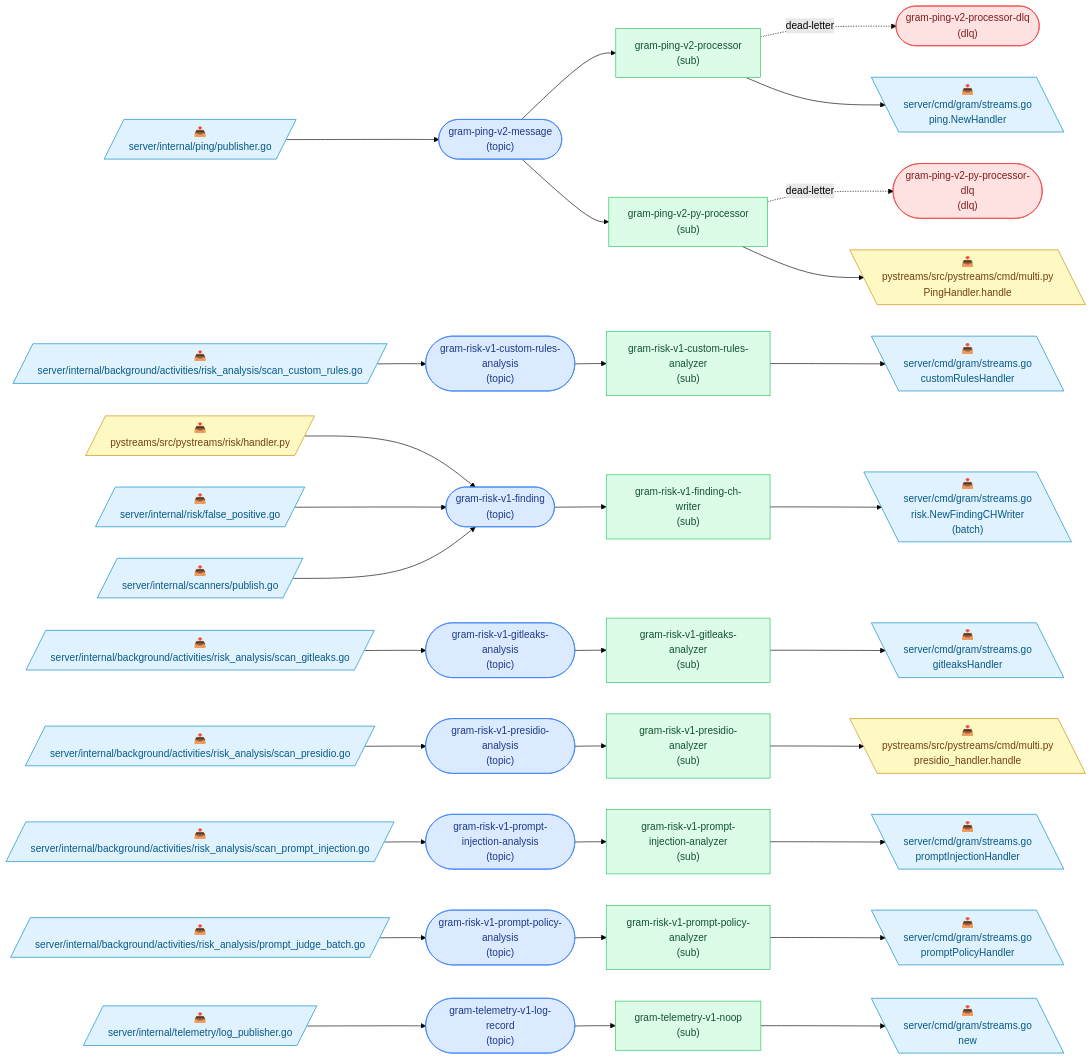
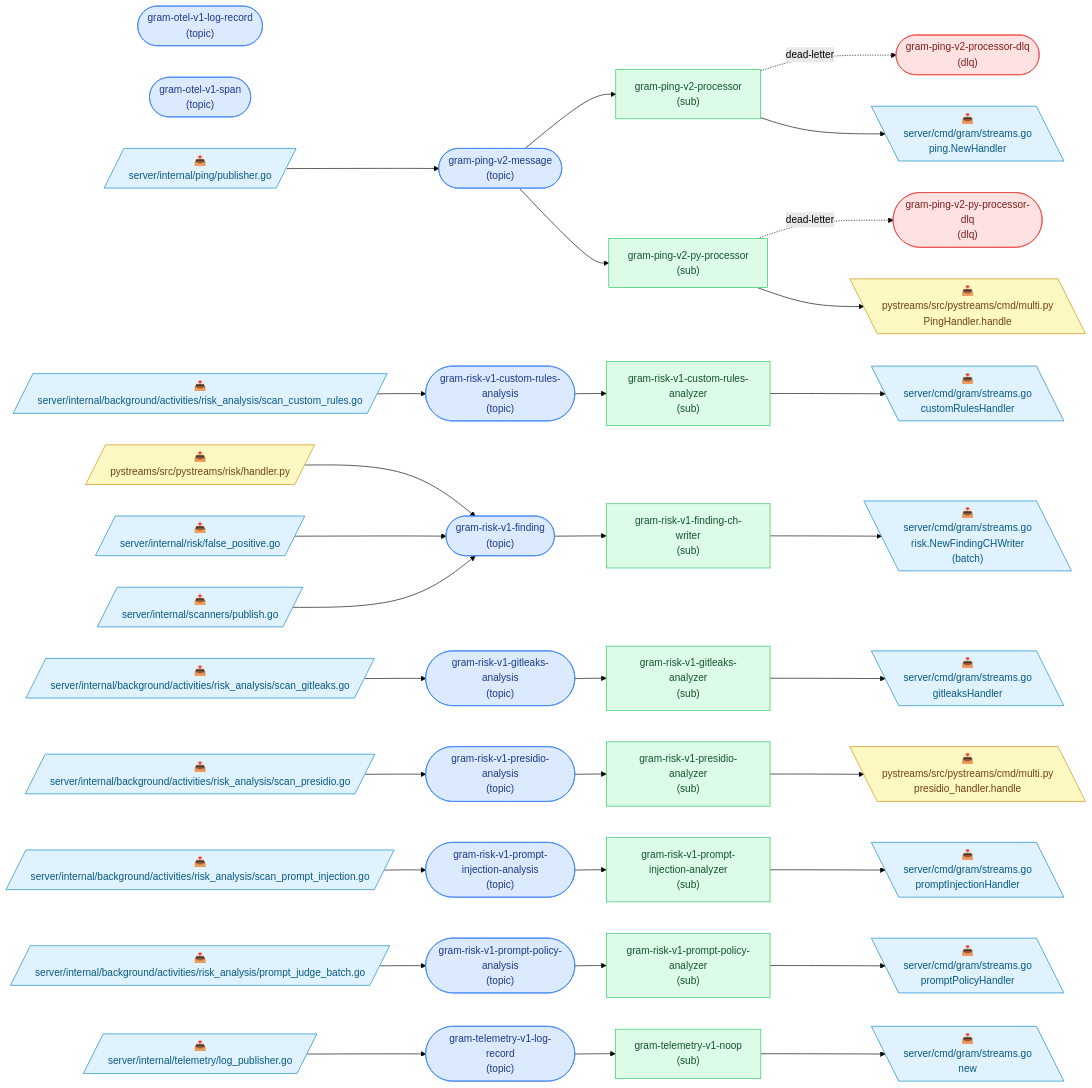
One commit to speakeasy-api/gram changed the diagram in docs/pubsub-topology.md. Above: the diagram before and after it, drawn with Mermaid (forest theme). The commit also changed other lines of this file and 12 other files, not shown here.

First line of the commit message:
feat: add OTLP-compatible log and span pubsub topics

````diff
--- a/docs/pubsub-topology.md
+++ b/docs/pubsub-topology.md
@@ -9,79 +9,81 @@
 ```mermaid
 flowchart LR
   classDef topic fill:#dbeafe,stroke:#3b82f6,color:#1e3a8a;
   classDef dlq fill:#fee2e2,stroke:#ef4444,color:#7f1d1d;
   classDef sub fill:#dcfce7,stroke:#22c55e,color:#14532d;
   classDef go fill:#e0f2fe,stroke:#0284c7,color:#075985;
   classDef python fill:#fef9c3,stroke:#ca8a04,color:#713f12;
   classDef deprecated stroke-dasharray:4 3,opacity:0.55;
 
+  t_gram_otel_v1_log_record(["gram-otel-v1-log-record<br/>(topic)"]):::topic
+  t_gram_otel_v1_span(["gram-otel-v1-span<br/>(topic)"]):::topic
   t_gram_ping_v2_message(["gram-ping-v2-message<br/>(topic)"]):::topic
   t_gram_ping_v2_processor_dlq(["gram-ping-v2-processor-dlq<br/>(dlq)"]):::dlq
   t_gram_ping_v2_py_processor_dlq(["gram-ping-v2-py-processor-dlq<br/>(dlq)"]):::dlq
   t_gram_risk_v1_custom_rules_analysis(["gram-risk-v1-custom-rules-analysis<br/>(topic)"]):::topic
   t_gram_risk_v1_finding(["gram-risk-v1-finding<br/>(topic)"]):::topic
   t_gram_risk_v1_gitleaks_analysis(["gram-risk-v1-gitleaks-analysis<br/>(topic)"]):::topic
   t_gram_risk_v1_presidio_analysis(["gram-risk-v1-presidio-analysis<br/>(topic)"]):::topic
   t_gram_risk_v1_prompt_injection_analysis(["gram-risk-v1-prompt-injection-analysis<br/>(topic)"]):::topic
   t_gram_risk_v1_prompt_policy_analysis(["gram-risk-v1-prompt-policy-analysis<br/>(topic)"]):::topic
   t_gram_telemetry_v1_log_record(["gram-telemetry-v1-log-record<br/>(topic)"]):::topic
   s_gram_ping_v2_processor["gram-ping-v2-processor<br/>(sub)"]:::sub
   s_gram_ping_v2_py_processor["gram-ping-v2-py-processor<br/>(sub)"]:::sub
   s_gram_risk_v1_custom_rules_analyzer["gram-risk-v1-custom-rules-analyzer<br/>(sub)"]:::sub
   s_gram_risk_v1_finding_ch_writer["gram-risk-v1-finding-ch-writer<br/>(sub)"]:::sub
   s_gram_risk_v1_gitleaks_analyzer["gram-risk-v1-gitleaks-analyzer<br/>(sub)"]:::sub
   s_gram_risk_v1_presidio_analyzer["gram-risk-v1-presidio-analyzer<br/>(sub)"]:::sub
   s_gram_risk_v1_prompt_injection_analyzer["gram-risk-v1-prompt-injection-analyzer<br/>(sub)"]:::sub
   s_gram_risk_v1_prompt_policy_analyzer["gram-risk-v1-prompt-policy-analyzer<br/>(sub)"]:::sub
   s_gram_telemetry_v1_noop["gram-telemetry-v1-noop<br/>(sub)"]:::sub
 
   p0[/"📤<br/>server/internal/ping/publisher.go"/]:::go
   p0 --> t_gram_ping_v2_message
   p1[/"📤<br/>server/internal/background/activities/risk_analysis/scan_custom_rules.go"/]:::go
   p1 --> t_gram_risk_v1_custom_rules_analysis
   p2[/"📤<br/>pystreams/src/pystreams/risk/handler.py"/]:::python
   p2 --> t_gram_risk_v1_finding
   p3[/"📤<br/>server/internal/risk/false_positive.go"/]:::go
   p3 --> t_gram_risk_v1_finding
   p4[/"📤<br/>server/internal/scanners/publish.go"/]:::go
   p4 --> t_gram_risk_v1_finding
   p5[/"📤<br/>server/internal/background/activities/risk_analysis/scan_gitleaks.go"/]:::go
   p5 --> t_gram_risk_v1_gitleaks_analysis
   p6[/"📤<br/>server/internal/background/activities/risk_analysis/scan_presidio.go"/]:::go
   p6 --> t_gram_risk_v1_presidio_analysis
   p7[/"📤<br/>server/internal/background/activities/risk_analysis/scan_prompt_injection.go"/]:::go
   p7 --> t_gram_risk_v1_prompt_injection_analysis
   p8[/"📤<br/>server/internal/background/activities/risk_analysis/prompt_judge_batch.go"/]:::go
   p8 --> t_gram_risk_v1_prompt_policy_analysis
   p9[/"📤<br/>server/internal/telemetry/log_publisher.go"/]:::go
   p9 --> t_gram_telemetry_v1_log_record
   t_gram_ping_v2_message --> s_gram_ping_v2_processor
   s_gram_ping_v2_processor -. dead-letter .-> t_gram_ping_v2_processor_dlq
   t_gram_ping_v2_message --> s_gram_ping_v2_py_processor
   s_gram_ping_v2_py_processor -. dead-letter .-> t_gram_ping_v2_py_processor_dlq
   t_gram_risk_v1_custom_rules_analysis --> s_gram_risk_v1_custom_rules_analyzer
   t_gram_risk_v1_finding --> s_gram_risk_v1_finding_ch_writer
   t_gram_risk_v1_gitleaks_analysis --> s_gram_risk_v1_gitleaks_analyzer
   t_gram_risk_v1_presidio_analysis --> s_gram_risk_v1_presidio_analyzer
   t_gram_risk_v1_prompt_injection_analysis --> s_gram_risk_v1_prompt_injection_analyzer
   t_gram_risk_v1_prompt_policy_analysis --> s_gram_risk_v1_prompt_policy_analyzer
   t_gram_telemetry_v1_log_record --> s_gram_telemetry_v1_noop
   c10[\"📥<br/>server/cmd/gram/streams.go<br/>ping.NewHandler"\]:::go
   s_gram_ping_v2_processor --> c10
   c11[\"📥<br/>pystreams/src/pystreams/cmd/multi.py<br/>PingHandler.handle"\]:::python
   s_gram_ping_v2_py_processor --> c11
   c12[\"📥<br/>server/cmd/gram/streams.go<br/>customRulesHandler"\]:::go
   s_gram_risk_v1_custom_rules_analyzer --> c12
   c13[\"📥<br/>server/cmd/gram/streams.go<br/>risk.NewFindingCHWriter<br/>(batch)"\]:::go
   s_gram_risk_v1_finding_ch_writer --> c13
   c14[\"📥<br/>server/cmd/gram/streams.go<br/>gitleaksHandler"\]:::go
   s_gram_risk_v1_gitleaks_analyzer --> c14
   c15[\"📥<br/>pystreams/src/pystreams/cmd/multi.py<br/>presidio_handler.handle"\]:::python
   s_gram_risk_v1_presidio_analyzer --> c15
   c16[\"📥<br/>server/cmd/gram/streams.go<br/>promptInjectionHandler"\]:::go
   s_gram_risk_v1_prompt_injection_analyzer --> c16
   c17[\"📥<br/>server/cmd/gram/streams.go<br/>promptPolicyHandler"\]:::go
   s_gram_risk_v1_prompt_policy_analyzer --> c17
   c18[\"📥<br/>server/cmd/gram/streams.go<br/>new"\]:::go
   s_gram_telemetry_v1_noop --> c18
 ```
````
